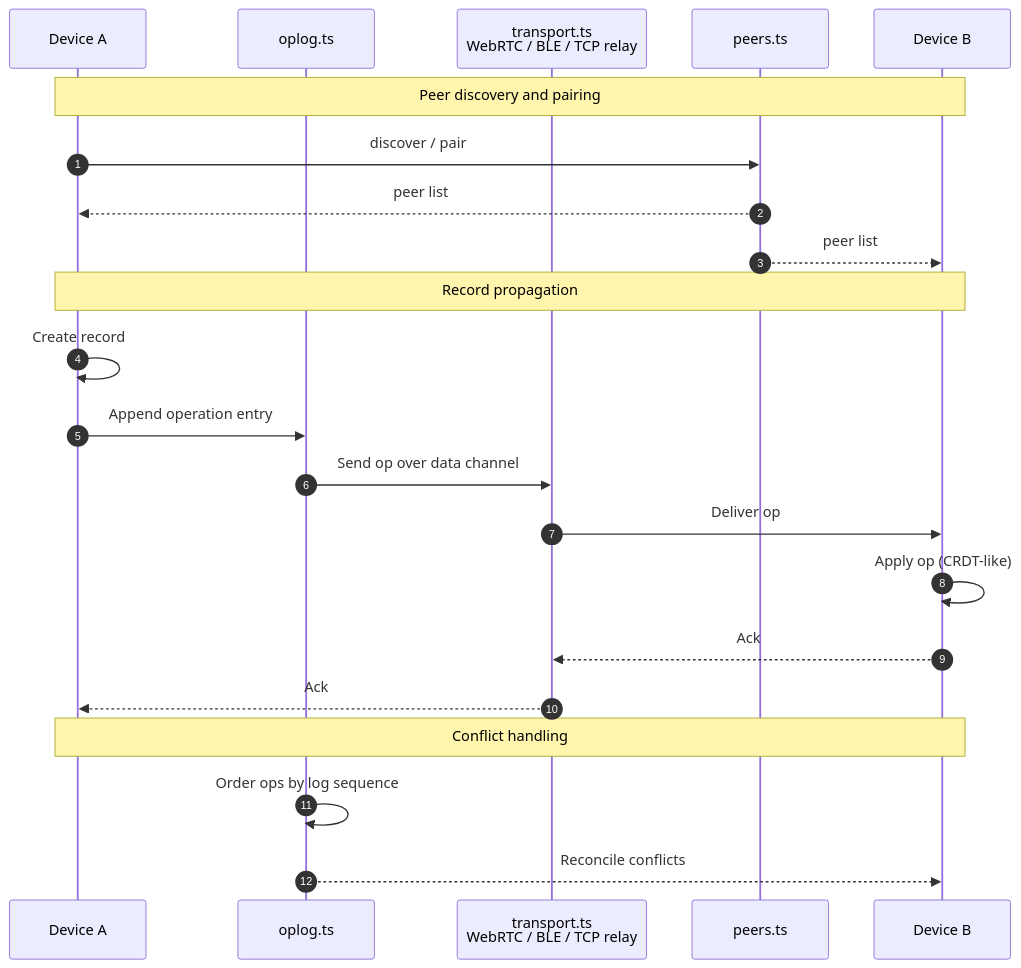
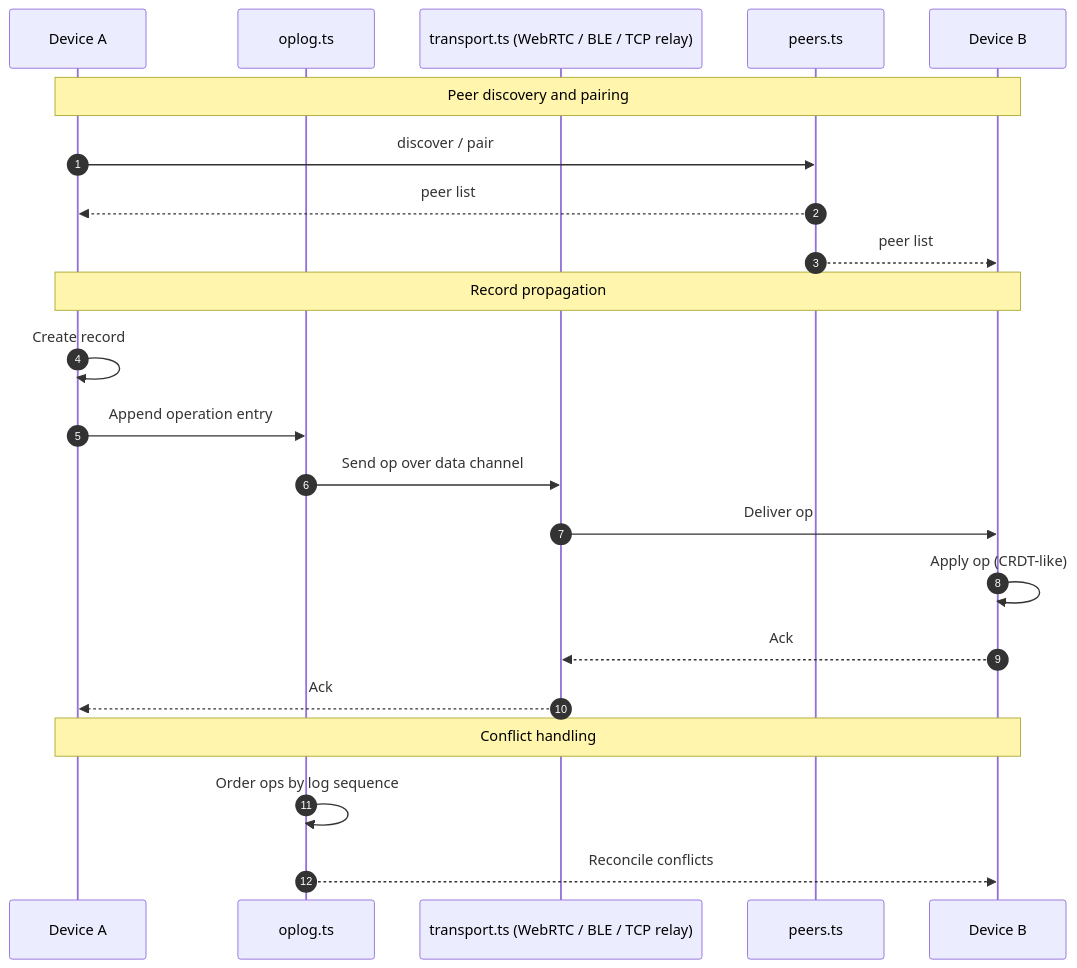
Before and after one commit to ahsanmandhar-ui/zaydian-research-integrity: diagram 11 of 11 in README.md, drawn with Mermaid. The commit also changed other lines of this file, not shown here.

Commit message:
docs: comprehensive README with project overview, features, architecture, 6 mermaid diagrams, and links

````diff
--- a/README.md
+++ b/README.md
@@ -356,27 +1159,27 @@
 ```mermaid
 sequenceDiagram
     autonumber
     participant A as Device A
     participant OP as oplog.ts
-    participant TR as transport.ts<br/>WebRTC / BLE / TCP relay
+    participant TR as transport.ts (WebRTC / BLE / TCP relay)
     participant PE as peers.ts
     participant B as Device B
 
     Note over A,B: Peer discovery and pairing
     A->>PE: discover / pair
     PE-->>A: peer list
     PE-->>B: peer list
 
     Note over A,B: Record propagation
     A->>A: Create record
     A->>OP: Append operation entry
     OP->>TR: Send op over data channel
     TR->>B: Deliver op
     B->>B: Apply op (CRDT-like)
     B-->>TR: Ack
     TR-->>A: Ack
 
     Note over A,B: Conflict handling
     OP->>OP: Order ops by log sequence
     OP-->>B: Reconcile conflicts
 ```
````
